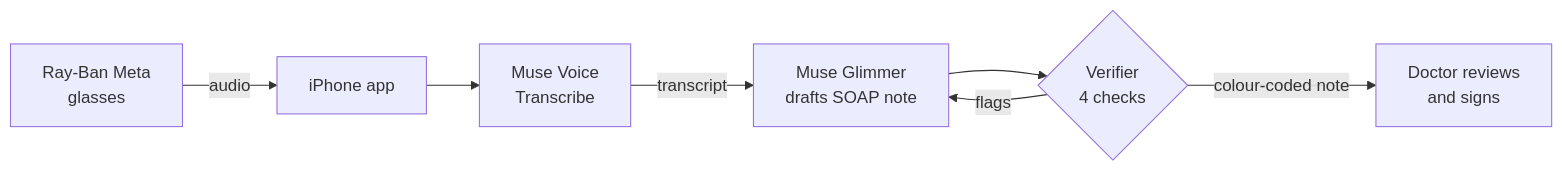
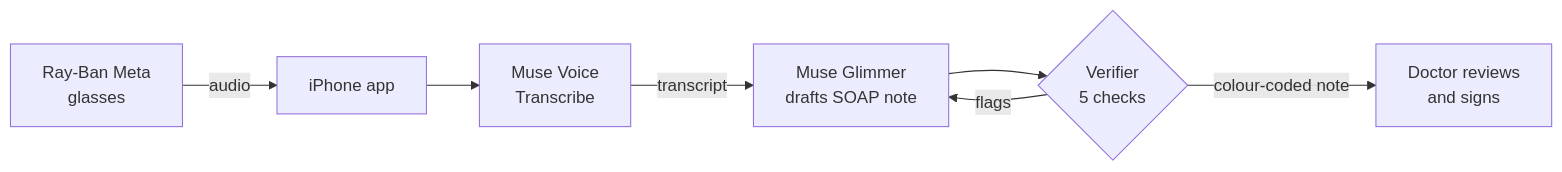
Before and after one commit to dantermz/kora-scribe: the diagram in README.md, drawn with Mermaid. The commit also changed other lines of this file and 3 other files, not shown here.

````diff
--- a/README.md
+++ b/README.md
@@ -33,9 +33,9 @@
 ```mermaid
 flowchart LR
     A[Ray-Ban Meta<br/>glasses] -->|audio| B[iPhone app]
     B --> C[Muse Voice<br/>Transcribe]
     C -->|transcript| D[Muse Glimmer<br/>drafts SOAP note]
-    D --> E{Verifier<br/>4 checks}
+    D --> E{Verifier<br/>5 checks}
     E -->|flags| D
     E -->|colour-coded note| F[Doctor reviews<br/>and signs]
 ```
````
